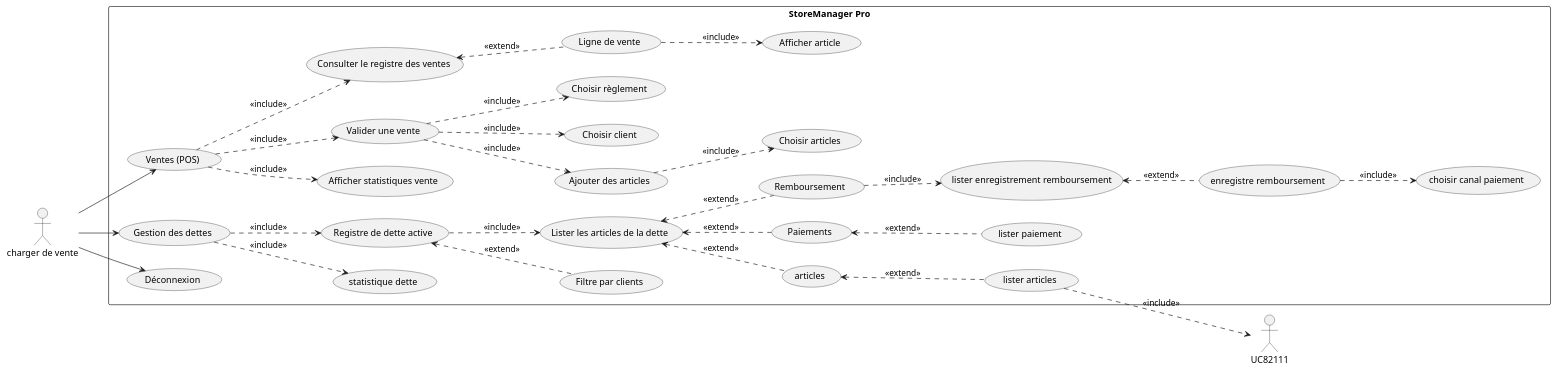
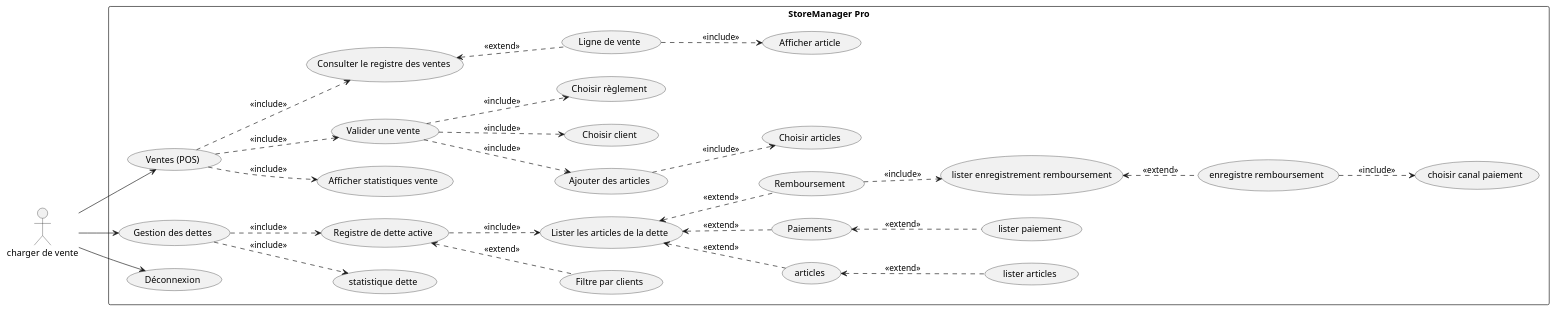
The diagram in docs/diagrammeUseCase/useCaseChargeVente.puml (ndeyefatoundiour/PROJET_V_D_A), drawn with PlantUML before and after one commit. The commit also changed 8 other files, not shown here.

```diff
--- a/docs/diagrammeUseCase/useCaseChargeVente.puml
+++ b/docs/diagrammeUseCase/useCaseChargeVente.puml
@@ -1,85 +1,84 @@
 @startuml UseCase_Admin
 left to right direction
 
 actor "charger de vente" as CV
 
 rectangle "StoreManager Pro" {
 
 ' VENTES
 
     usecase "Ventes (POS)" as UCP2
         usecase "Afficher statistiques vente" as UC4
 
         usecase "Valider une vente" as UC5
             usecase "Ajouter des articles" as UC51
                 usecase "Choisir articles" as UC511
             usecase "Choisir client" as UC52
             usecase "Choisir règlement" as UC53
 
         usecase "Consulter le registre des ventes" as UC6
             usecase "Ligne de vente" as UC61
                 usecase "Afficher article" as UC611
 
 
     ' GESTION DES DETTES
 
     usecase "Gestion des dettes" as UCP3
 
         usecase "statistique dette" as UC7
 
         usecase "Registre de dette active" as UC8
             usecase "Filtre par clients" as UC81
             usecase "Lister les articles de la dette" as UC82
                 usecase "articles" as UC821
                     usecase "lister articles" as UC8211
                 usecase "Paiements" as UC822
                     usecase "lister paiement" as UC8221
                 usecase "Remboursement" as UC823
                     usecase "lister enregistrement remboursement" as UC8231
                         usecase "enregistre remboursement" as UC822311
                             usecase "choisir canal paiement" as UC823111
 
 
      usecase "Déconnexion" as UCP6
 }
 
 
 ' VENTES
 
 CV --> UCP2
 
 UCP2 ..> UC4 : <<include>>
 UCP2 ..> UC5 : <<include>>
 UCP2 ..> UC6 : <<include>>
 
 UC5 ..> UC51 : <<include>>
 UC5 ..> UC52 : <<include>>
 UC5 ..> UC53 : <<include>>
 
 UC51 ..> UC511 : <<include>>
 
 UC6 <.. UC61 : <<extend>>
 UC61 ..> UC611 : <<include>>
 
 
 
 ' GESTION DES DETTES
 CV --> UCP3
 
 UCP3 ..> UC7 : <<include>>
 UCP3 ..> UC8 : <<include>>
 UC8 <.. UC81 : <<extend>>
 UC8 ..> UC82: <<include>>
 UC82 <.. UC821 : <<extend>>
 UC82 <.. UC822 : <<extend>>
 UC82 <.. UC823 : <<extend>>
 UC821 <.. UC8211 : <<extend>>
-UC8211 ..> UC82111: <<include>>
 UC822 <.. UC8221 : <<extend>>
 UC823 ..> UC8231: <<include>>
 UC8231 <.. UC822311 : <<extend>>
 UC822311 ..> UC823111: <<include>>
 
 CV --> UCP6
 
 @enduml
```
